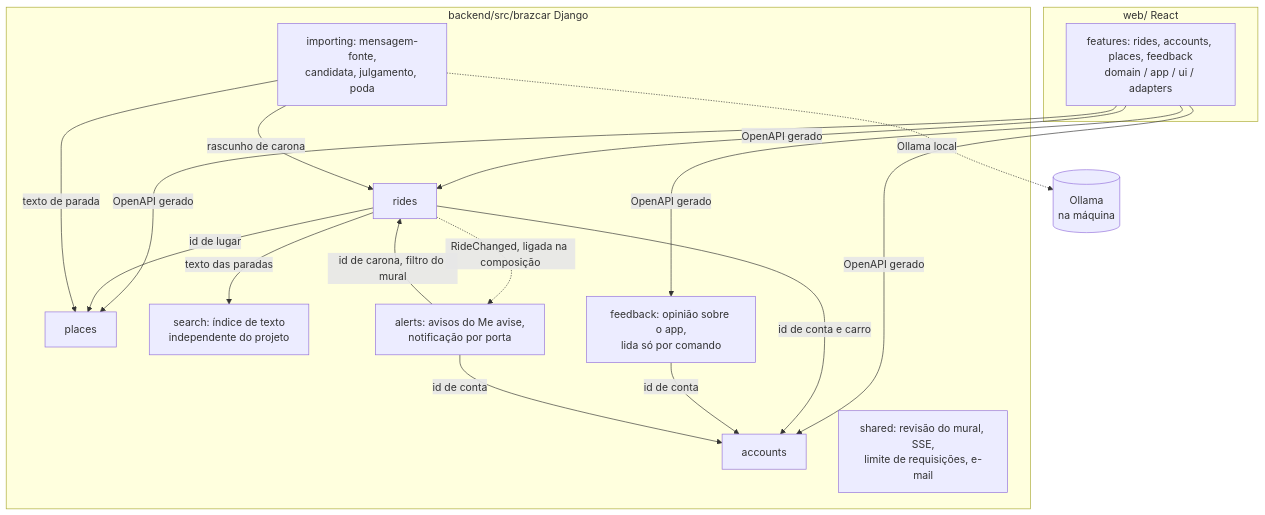
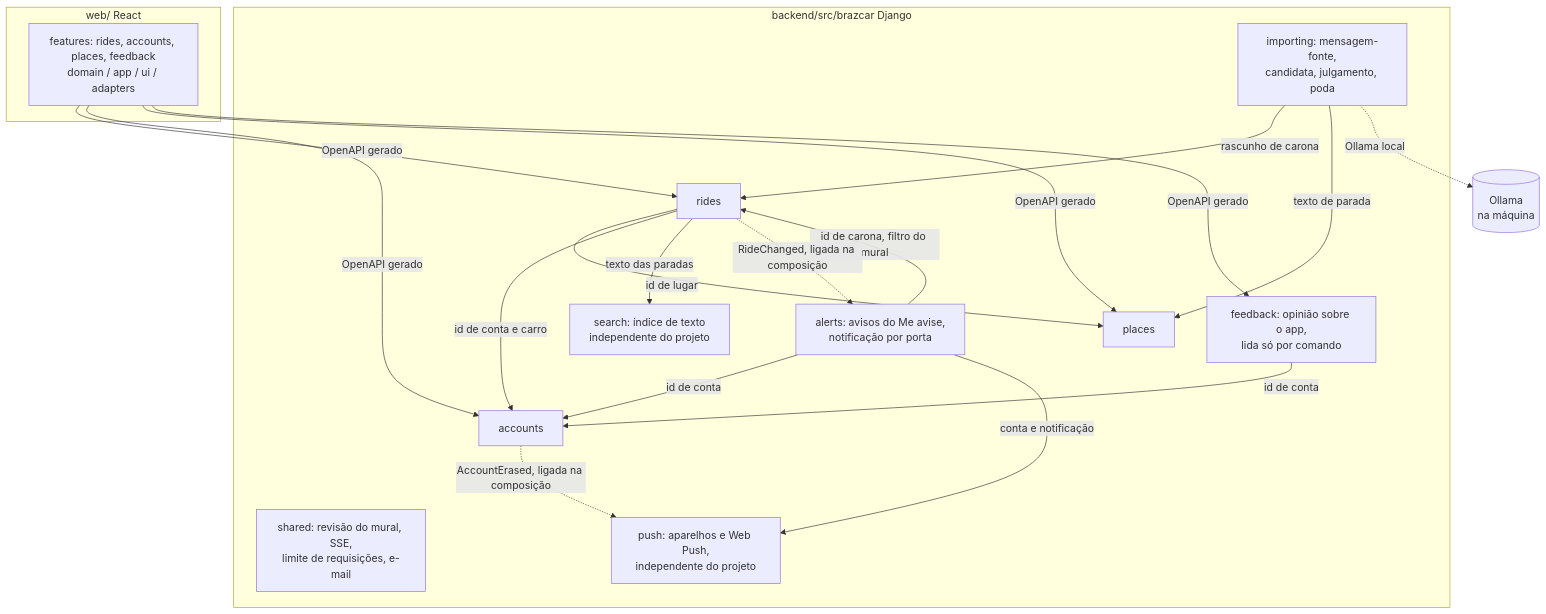
Before and after one commit to edududs/BrazCar: the second of 2 diagrams in docs/architecture.md, drawn with Mermaid. The commit also changed other lines of this file and 9 other files, not shown here.

````diff
--- a/docs/architecture.md
+++ b/docs/architecture.md
@@ -24,27 +26,30 @@
 ```mermaid
 flowchart TB
     subgraph web [web/ React]
         F[features: rides, accounts, places, feedback<br/>domain / app / ui / adapters]
     end
     subgraph src [backend/src/brazcar Django]
         R[rides]
         AC[accounts]
         PL[places]
         SH[shared: revisão do mural, SSE,<br/>limite de requisições, e-mail]
         SE[search: índice de texto<br/>independente do projeto]
         IM[importing: mensagem-fonte,<br/>candidata, julgamento, poda]
         FB[feedback: opinião sobre o app,<br/>lida só por comando]
         AL[alerts: avisos do Me avise,<br/>notificação por porta]
+        PU[push: aparelhos e Web Push,<br/>independente do projeto]
     end
     F -->|OpenAPI gerado| R & AC & PL & FB
     R -->|id de lugar| PL
     R -->|id de conta e carro| AC
     FB -->|id de conta| AC
     R -->|texto das paradas| SE
     IM -->|rascunho de carona| R
     IM -->|texto de parada| PL
     AL -->|id de carona, filtro do mural| R
     AL -->|id de conta| AC
     R -.->|RideChanged, ligada na composição| AL
+    AL -->|conta e notificação| PU
+    AC -.->|AccountErased, ligada na composição| PU
     IM -.->|Ollama local| LLM[(Ollama<br/>na máquina)]
 ```
````
